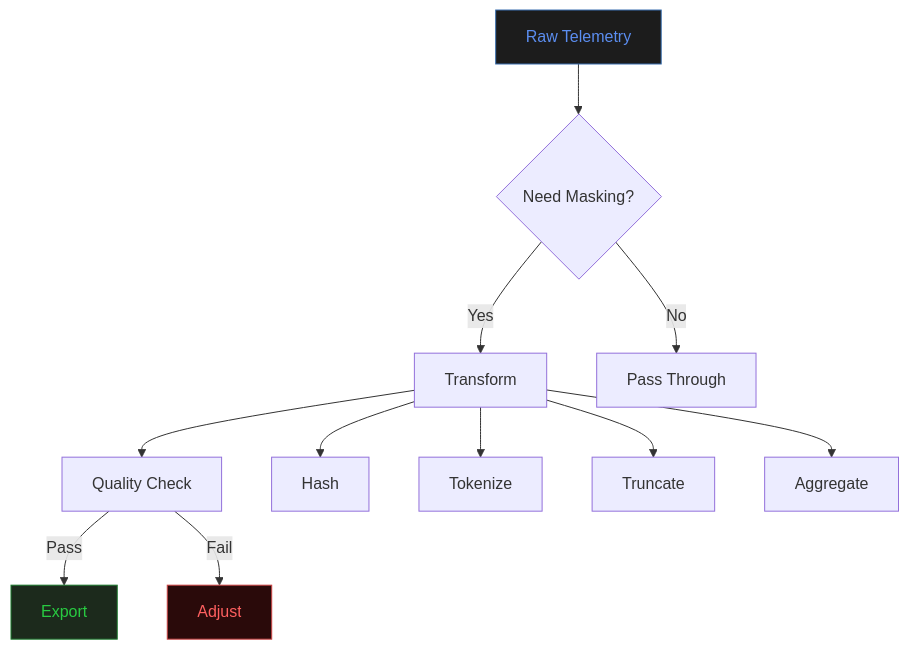
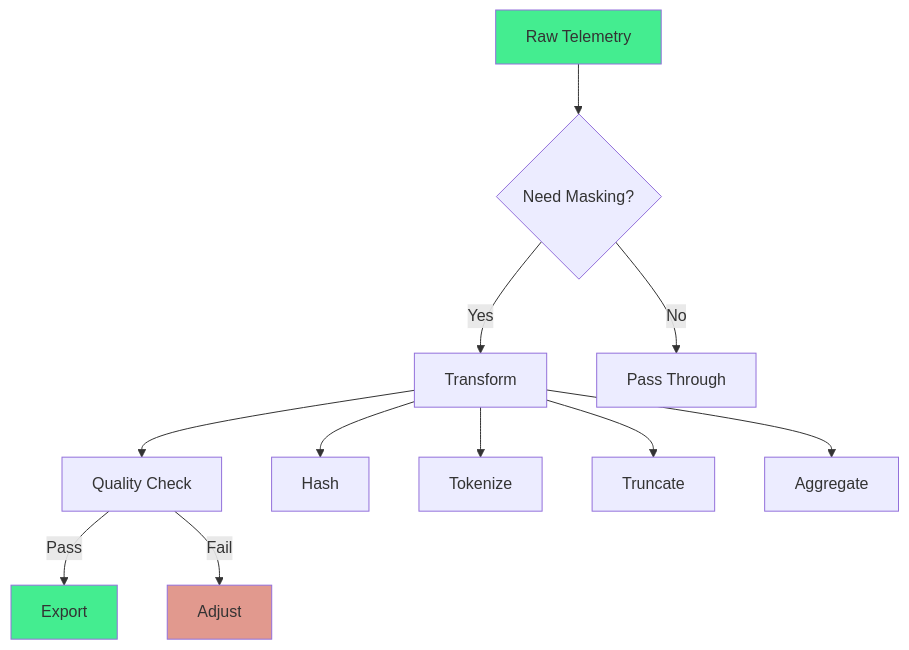
One commit to radra23/scryops-site changed the first of 4 diagrams in content/guides/data-masking-in-telemetry.md. Above: the diagram before and after it, drawn with Mermaid. The commit also changed other lines of this file and 4 other files, not shown here.

```diff
--- a/content/guides/data-masking-in-telemetry.md
+++ b/content/guides/data-masking-in-telemetry.md
@@ -16,18 +18,18 @@
 {{< mermaid >}}
 graph TD
     A[Raw Telemetry] --> B{Need Masking?}
     B -->|Yes| C[Transform]
     B -->|No| D[Pass Through]
     C --> E[Quality Check]
     E -->|Pass| F[Export]
     E -->|Fail| G[Adjust]
 
     C --> C1[Hash]
     C --> C2[Tokenize]
     C --> C3[Truncate]
     C --> C4[Aggregate]
     
-    style A fill:#1C1C1C,stroke:#3A6FAF,color:#5B8DEF
-    style F fill:#1C2A1C,stroke:#1C7A2E,color:#28CA41
-    style G fill:#2A0A0A,stroke:#CC4444,color:#FF6060
+    style A fill:#44ED90
+    style F fill:#44ED90
+    style G fill:#E1998E
 {{< /mermaid >}}
```
